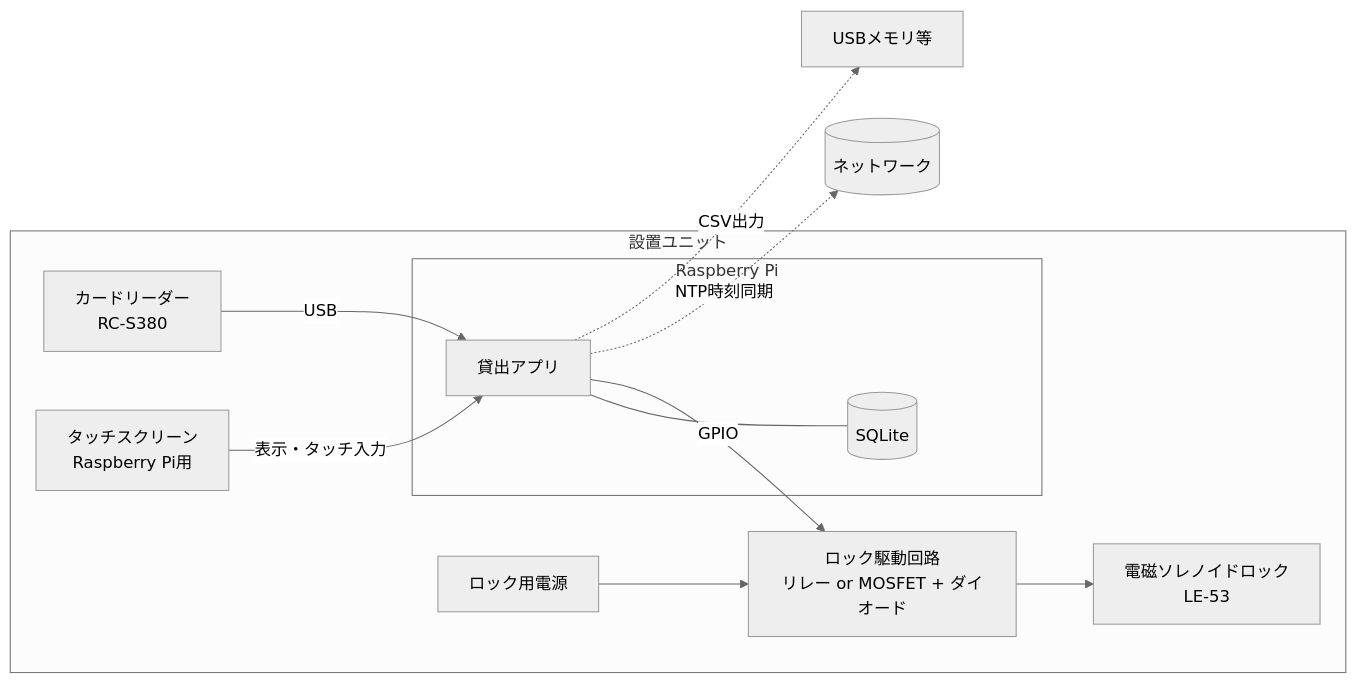
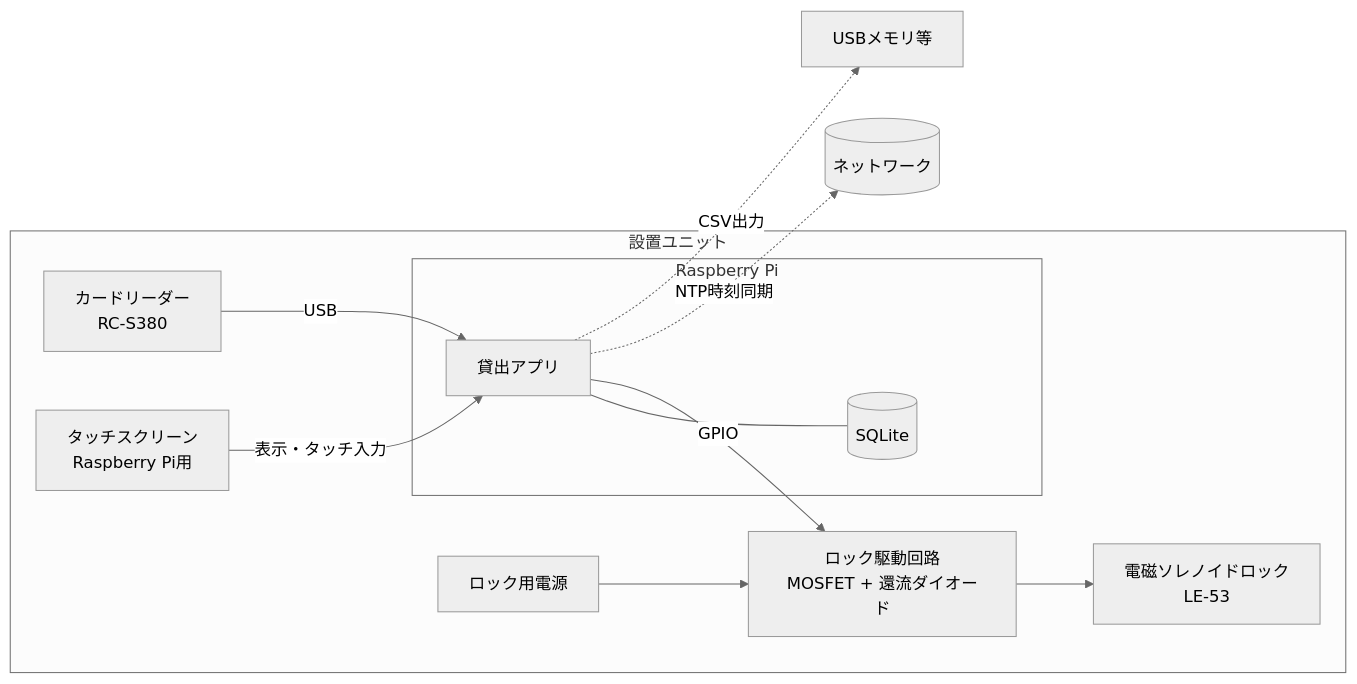
The first of 3 diagrams in docs/05_システム設計書.md (ootomonaiso/card), drawn with Mermaid (neutral theme) before and after one commit. The commit also changed other lines of this file and 18 other files, not shown here.

````diff
--- a/docs/05_システム設計書.md
+++ b/docs/05_システム設計書.md
@@ -15,22 +15,22 @@
 ```mermaid
 flowchart LR
   subgraph HW[設置ユニット]
     CR[カードリーダー<br/>RC-S380]
     TS[タッチスクリーン<br/>Raspberry Pi用]
     subgraph PI[Raspberry Pi]
       APP[貸出アプリ]
       DB[(SQLite)]
       APP --- DB
     end
-    DRV[ロック駆動回路<br/>リレー or MOSFET + ダイオード]
+    DRV[ロック駆動回路<br/>MOSFET + 還流ダイオード]
     LK[電磁ソレノイドロック<br/>LE-53]
     PSU[ロック用電源]
   end
   CR -- USB --> APP
   TS -- 表示・タッチ入力 --> APP
   APP -- GPIO --> DRV
   PSU --> DRV
   DRV --> LK
   APP -. NTP時刻同期 .-> NET[(ネットワーク)]
   APP -. CSV出力 .-> USBM[USBメモリ等]
 ```
````
